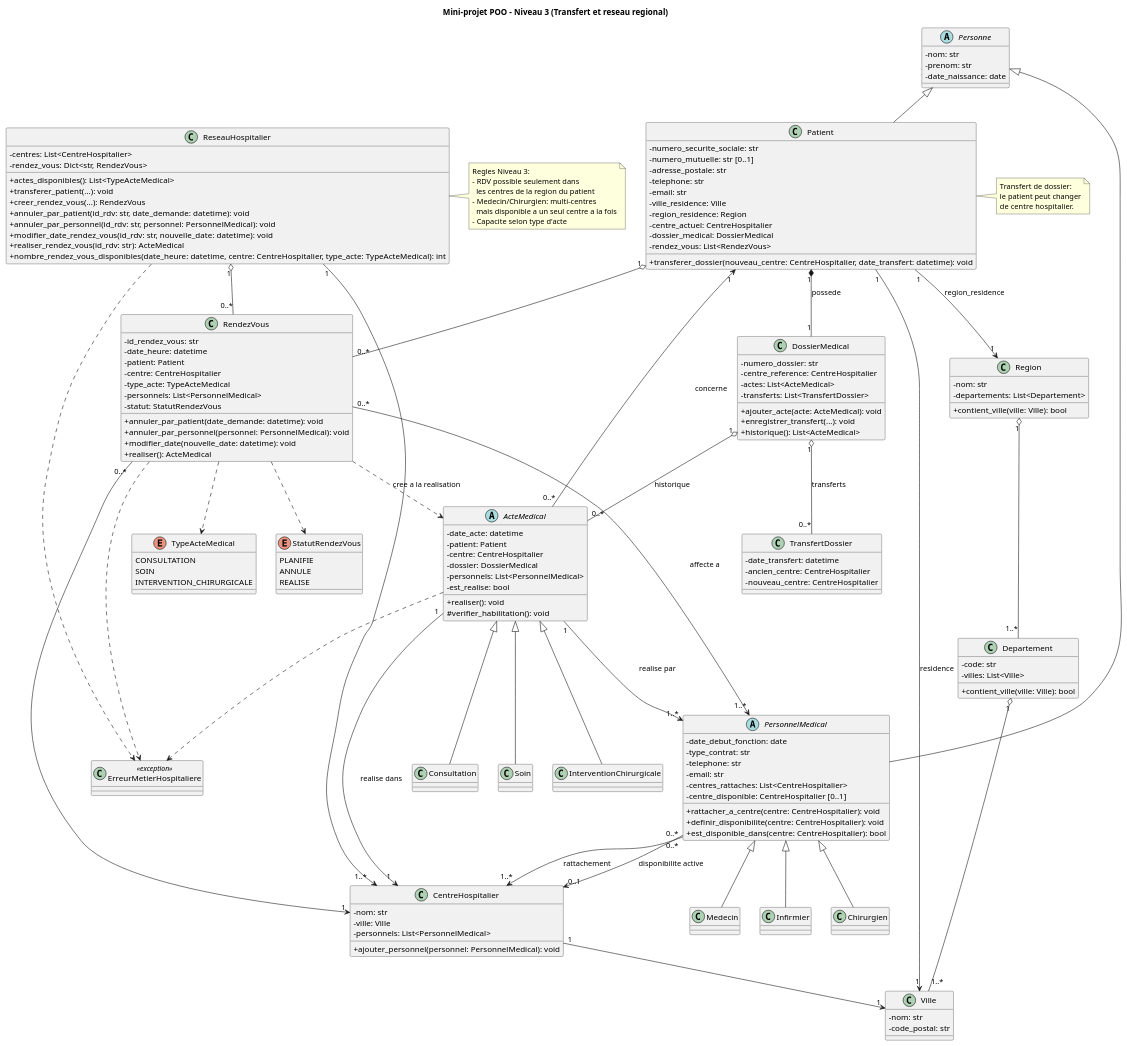
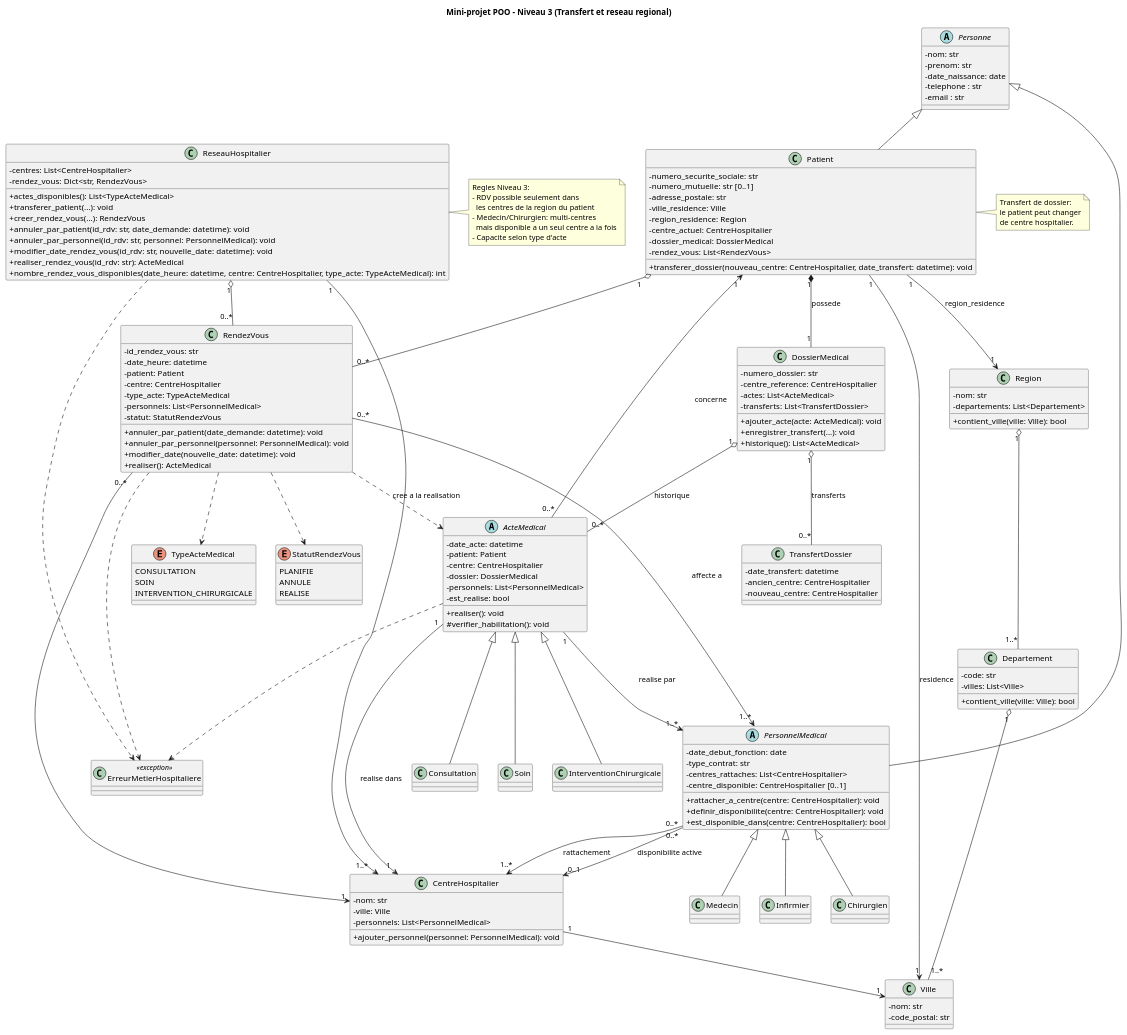
Before and after one commit to Gascor/ESBPOO_S6_MINIPROJET1: the diagram in niveau3/diagramme_niveau3.puml, drawn with PlantUML. The commit also changed 1 other file, not shown here.

Commit message:
fix (Conception Niv 3): Modification d'une erreur issue du début coté niveau 1 de la conception, les variables email et telephone etait des variable commune issu de la classe mère Personne;

```diff
--- a/niveau3/diagramme_niveau3.puml
+++ b/niveau3/diagramme_niveau3.puml
@@ -1,189 +1,187 @@
 @startuml
 title Mini-projet POO - Niveau 3 (Transfert et reseau regional)
 skinparam classAttributeIconSize 0
 
 abstract class Personne {
   - nom: str
   - prenom: str
   - date_naissance: date
+  - telephone : str
+  - email : str
 }
 
 class Ville {
   - nom: str
   - code_postal: str
 }
 
 class Departement {
   - code: str
   - villes: List<Ville>
   + contient_ville(ville: Ville): bool
 }
 
 class Region {
   - nom: str
   - departements: List<Departement>
   + contient_ville(ville: Ville): bool
 }
 
 class CentreHospitalier {
   - nom: str
   - ville: Ville
   - personnels: List<PersonnelMedical>
   + ajouter_personnel(personnel: PersonnelMedical): void
 }
 
 class Patient {
   - numero_securite_sociale: str
   - numero_mutuelle: str [0..1]
   - adresse_postale: str
-  - telephone: str
-  - email: str
   - ville_residence: Ville
   - region_residence: Region
   - centre_actuel: CentreHospitalier
   - dossier_medical: DossierMedical
   - rendez_vous: List<RendezVous>
   + transferer_dossier(nouveau_centre: CentreHospitalier, date_transfert: datetime): void
 }
 
 abstract class PersonnelMedical {
   - date_debut_fonction: date
   - type_contrat: str
-  - telephone: str
-  - email: str
   - centres_rattaches: List<CentreHospitalier>
   - centre_disponible: CentreHospitalier [0..1]
   + rattacher_a_centre(centre: CentreHospitalier): void
   + definir_disponibilite(centre: CentreHospitalier): void
   + est_disponible_dans(centre: CentreHospitalier): bool
 }
 
 class Medecin
 class Infirmier
 class Chirurgien
 
 class DossierMedical {
   - numero_dossier: str
   - centre_reference: CentreHospitalier
   - actes: List<ActeMedical>
   - transferts: List<TransfertDossier>
   + ajouter_acte(acte: ActeMedical): void
   + enregistrer_transfert(...): void
   + historique(): List<ActeMedical>
 }
 
 class TransfertDossier {
   - date_transfert: datetime
   - ancien_centre: CentreHospitalier
   - nouveau_centre: CentreHospitalier
 }
 
 abstract class ActeMedical {
   - date_acte: datetime
   - patient: Patient
   - centre: CentreHospitalier
   - dossier: DossierMedical
   - personnels: List<PersonnelMedical>
   - est_realise: bool
   + realiser(): void
   # verifier_habilitation(): void
 }
 
 class Consultation
 class Soin
 class InterventionChirurgicale
 
 enum TypeActeMedical {
   CONSULTATION
   SOIN
   INTERVENTION_CHIRURGICALE
 }
 
 enum StatutRendezVous {
   PLANIFIE
   ANNULE
   REALISE
 }
 
 class RendezVous {
   - id_rendez_vous: str
   - date_heure: datetime
   - patient: Patient
   - centre: CentreHospitalier
   - type_acte: TypeActeMedical
   - personnels: List<PersonnelMedical>
   - statut: StatutRendezVous
   + annuler_par_patient(date_demande: datetime): void
   + annuler_par_personnel(personnel: PersonnelMedical): void
   + modifier_date(nouvelle_date: datetime): void
   + realiser(): ActeMedical
 }
 
 class ReseauHospitalier {
   - centres: List<CentreHospitalier>
   - rendez_vous: Dict<str, RendezVous>
   + actes_disponibles(): List<TypeActeMedical>
   + transferer_patient(...): void
   + creer_rendez_vous(...): RendezVous
   + annuler_par_patient(id_rdv: str, date_demande: datetime): void
   + annuler_par_personnel(id_rdv: str, personnel: PersonnelMedical): void
   + modifier_date_rendez_vous(id_rdv: str, nouvelle_date: datetime): void
   + realiser_rendez_vous(id_rdv: str): ActeMedical
   + nombre_rendez_vous_disponibles(date_heure: datetime, centre: CentreHospitalier, type_acte: TypeActeMedical): int
 }
 
 class ErreurMetierHospitaliere <<exception>>
 
 Personne <|-- Patient
 Personne <|-- PersonnelMedical
 PersonnelMedical <|-- Medecin
 PersonnelMedical <|-- Infirmier
 PersonnelMedical <|-- Chirurgien
 ActeMedical <|-- Consultation
 ActeMedical <|-- Soin
 ActeMedical <|-- InterventionChirurgicale
 
 Region "1" o-- "1..*" Departement
 Departement "1" o-- "1..*" Ville
 CentreHospitalier "1" --> "1" Ville
 Patient "1" --> "1" Ville : residence
 Patient "1" --> "1" Region : region_residence
 
 Patient "1" *-- "1" DossierMedical : possede
 DossierMedical "1" o-- "0..*" ActeMedical : historique
 DossierMedical "1" o-- "0..*" TransfertDossier : transferts
 ActeMedical "0..*" --> "1" Patient : concerne
 ActeMedical "1" --> "1..*" PersonnelMedical : realise par
 ActeMedical "1" --> "1" CentreHospitalier : realise dans
 
 Patient "1" o-- "0..*" RendezVous
 RendezVous "0..*" --> "1" CentreHospitalier
 RendezVous "0..*" --> "1..*" PersonnelMedical : affecte a
 ReseauHospitalier "1" o-- "0..*" RendezVous
 ReseauHospitalier "1" --> "1..*" CentreHospitalier
 PersonnelMedical "0..*" --> "1..*" CentreHospitalier : rattachement
 PersonnelMedical "0..*" --> "0..1" CentreHospitalier : disponibilite active
 
 RendezVous ..> ActeMedical : cree a la realisation
 RendezVous ..> TypeActeMedical
 RendezVous ..> StatutRendezVous
 ActeMedical ..> ErreurMetierHospitaliere
 RendezVous ..> ErreurMetierHospitaliere
 ReseauHospitalier ..> ErreurMetierHospitaliere
 
 note right of Patient
 Transfert de dossier:
 le patient peut changer
 de centre hospitalier.
 end note
 
 note right of ReseauHospitalier
 Regles Niveau 3:
 - RDV possible seulement dans
   les centres de la region du patient
 - Medecin/Chirurgien: multi-centres
   mais disponible a un seul centre a la fois
 - Capacite selon type d'acte
 end note
 
 @enduml
```
